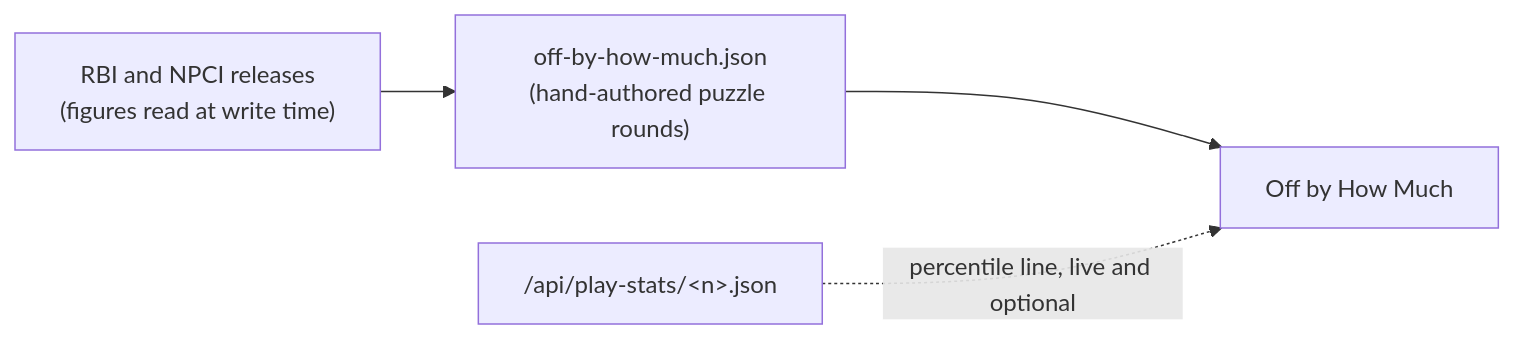
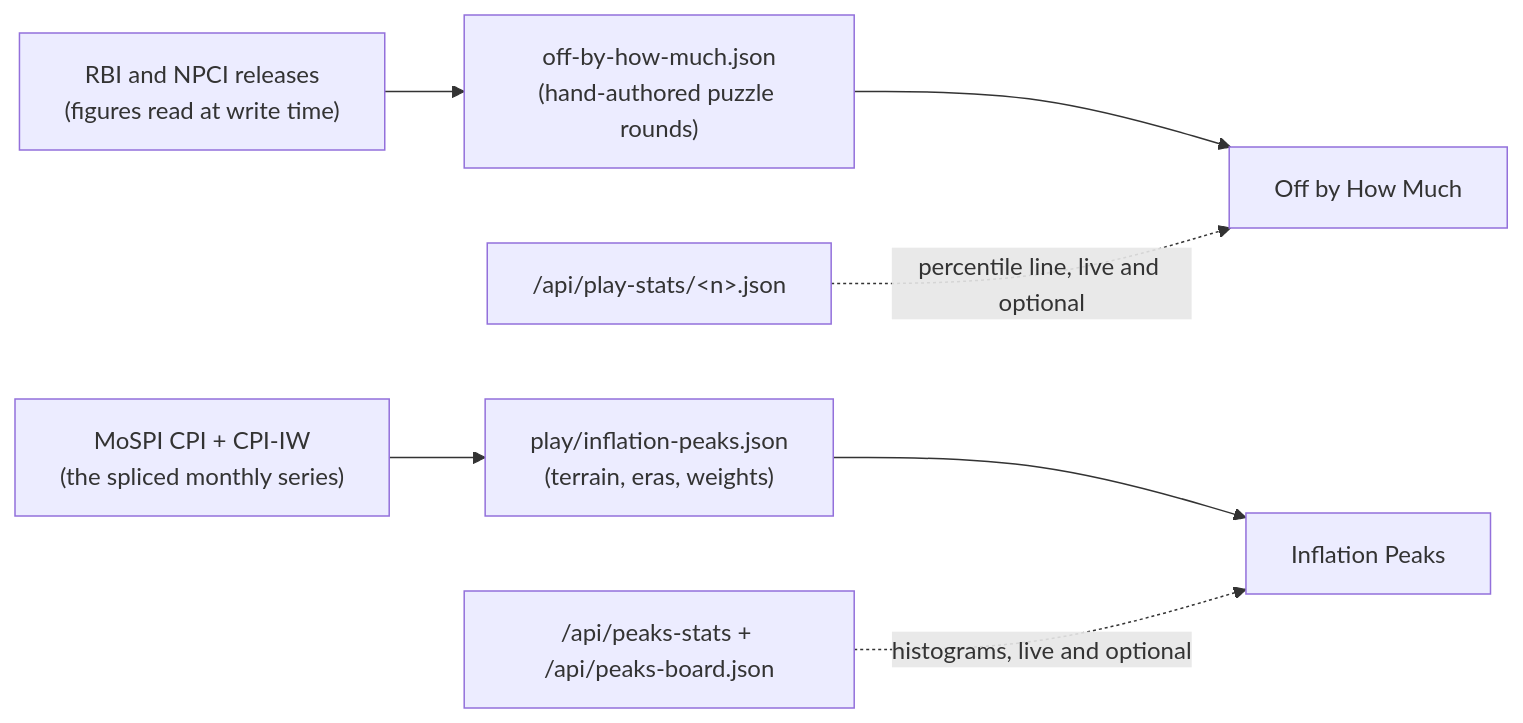
One commit to time-series-of-india/tsoi changed the fourth of 4 diagrams in docs/pipeline.md. Above: the diagram before and after it, drawn with Mermaid. The commit also changed other lines of this file and 141 other files, not shown here.

````diff
--- a/docs/pipeline.md
+++ b/docs/pipeline.md
@@ -86,5 +95,7 @@
 ```mermaid
 flowchart LR
   SRC["RBI and NPCI releases<br/>(figures read at write time)"] --> PZ["off-by-how-much.json<br/>(hand-authored puzzle rounds)"] --> G["Off by How Much"]
   PS["/api/play-stats/&lt;n&gt;.json"] -.->|"percentile line, live and optional"| G
+  CPI["MoSPI CPI + CPI-IW<br/>(the spliced monthly series)"] --> TR["play/inflation-peaks.json<br/>(terrain, eras, weights)"] --> IP["Inflation Peaks"]
+  PK["/api/peaks-stats + /api/peaks-board.json"] -.->|"histograms, live and optional"| IP
 ```
````
